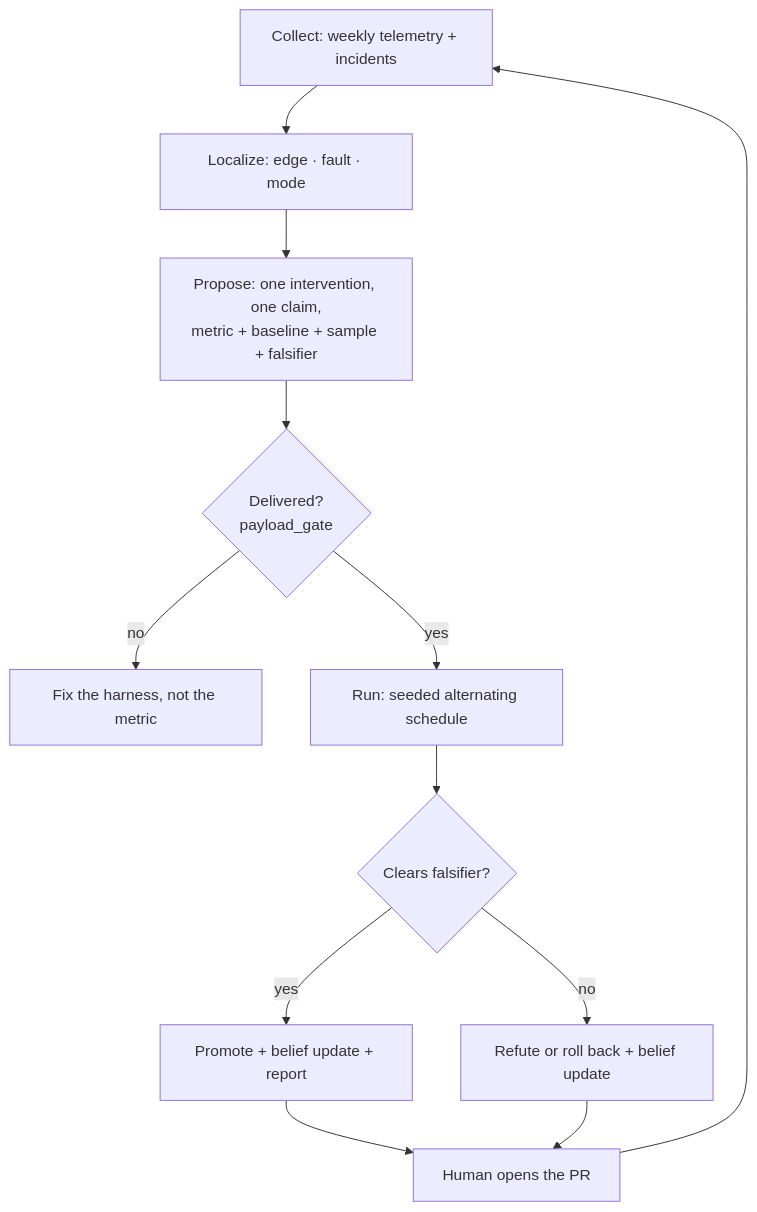
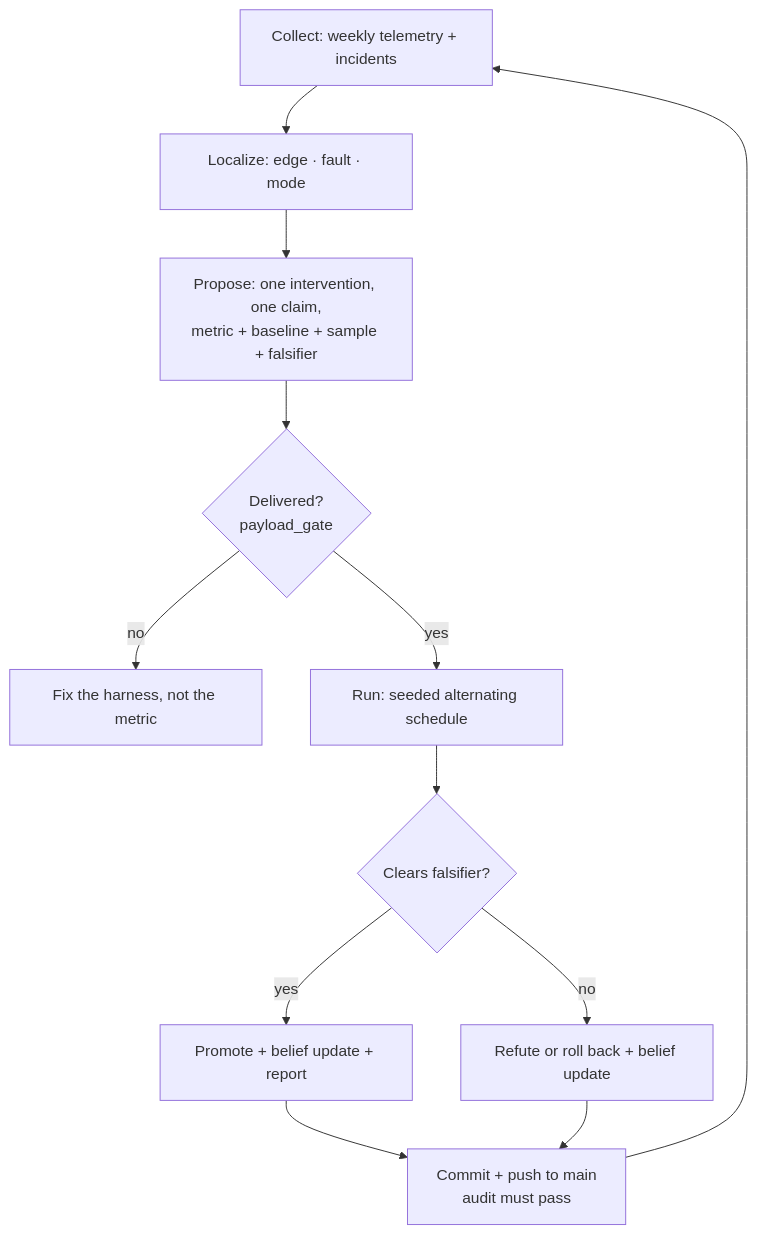
The diagram in docs/program.md (iridyne/akribeia), drawn with Mermaid before and after one commit. The commit also changed other lines of this file and 7 other files, not shown here.

First line of the commit message:
docs(rules): single maintainer pushes directly to main; audit is the review

````diff
--- a/docs/program.md
+++ b/docs/program.md
@@ -49,14 +49,14 @@
 ```mermaid
 flowchart TD
   A[Collect: weekly telemetry + incidents] --> B[Localize: edge · fault · mode]
   B --> C[Propose: one intervention, one claim,<br/>metric + baseline + sample + falsifier]
   C --> D{Delivered?<br/>payload_gate}
   D -->|no| E[Fix the harness, not the metric]
   D -->|yes| F[Run: seeded alternating schedule]
   F --> G{Clears falsifier?}
   G -->|yes| H[Promote + belief update + report]
   G -->|no| I[Refute or roll back + belief update]
-  H --> J[Human opens the PR]
+  H --> J[Commit + push to main<br/>audit must pass]
   I --> J
   J --> A
 ```
````
